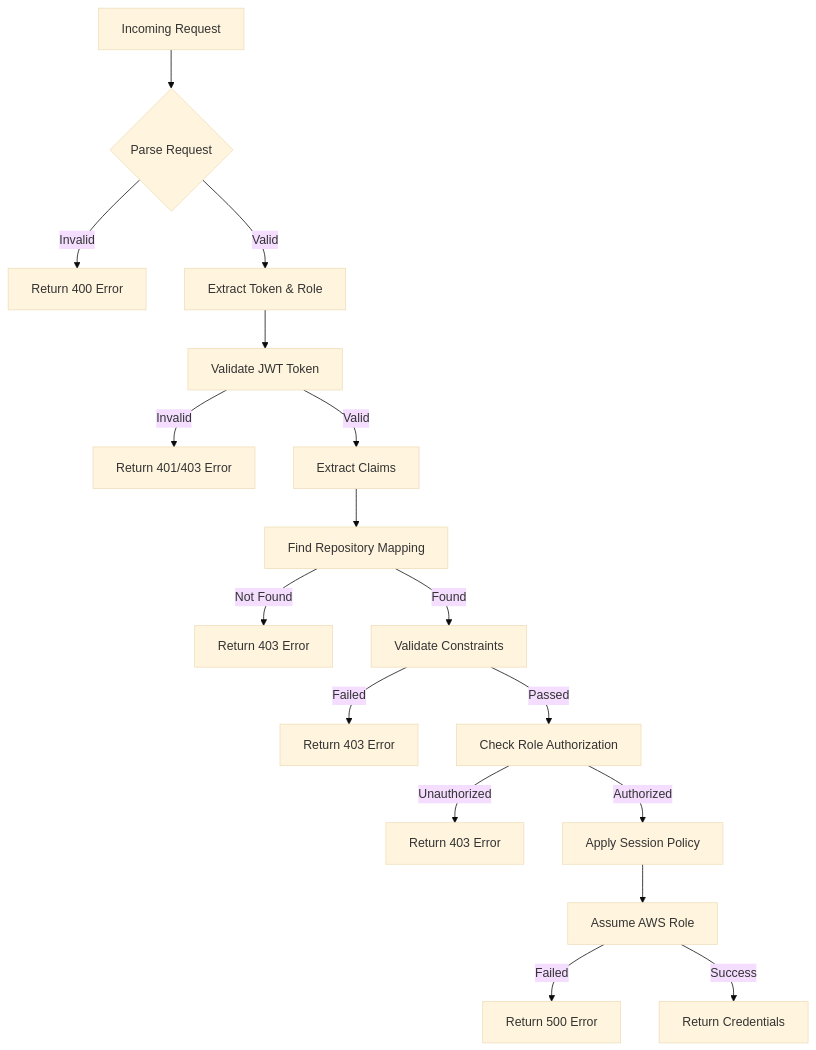
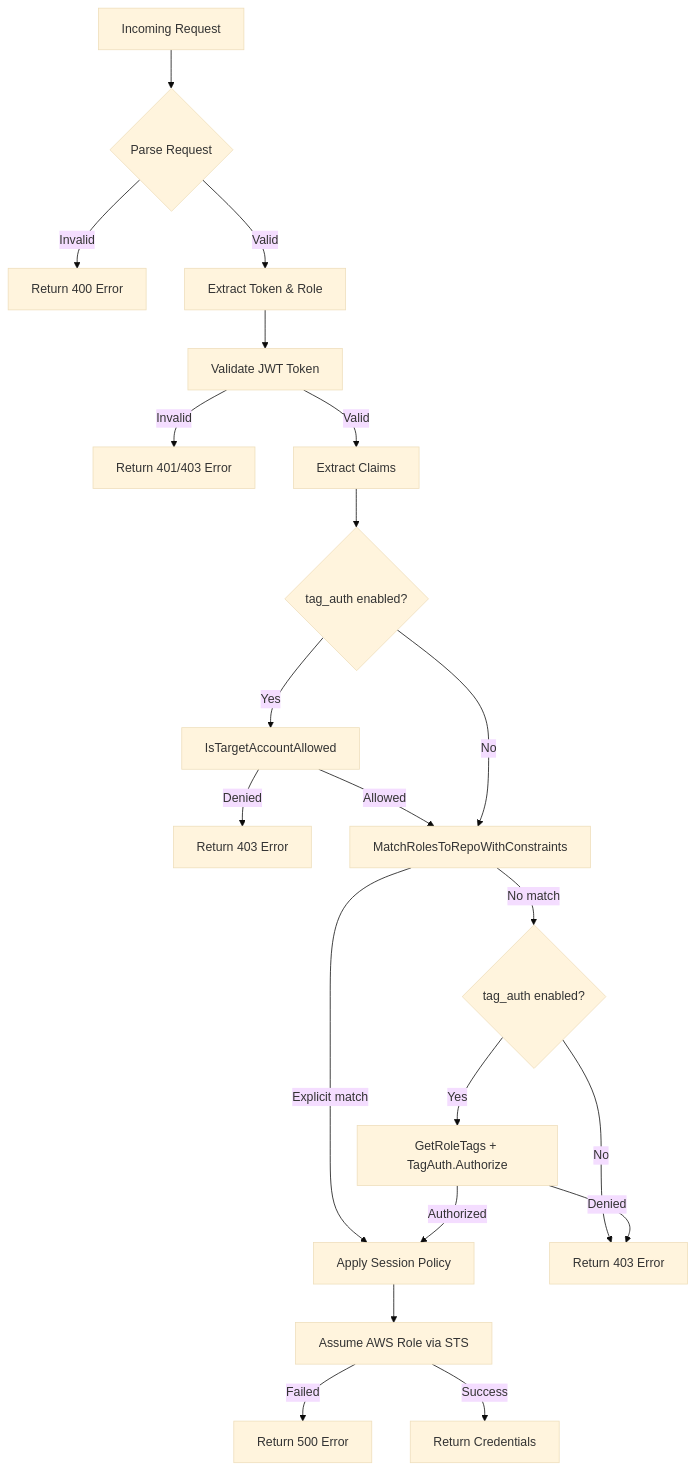
Before and after one commit to boogy/aws-oidc-warden: the third of 7 diagrams in docs/ARCHITECTURE.md, drawn with Mermaid (base theme). The commit also changed other lines of this file and 14 other files, not shown here.

First line of the commit message:
fix: harden tag-auth cross-account authorization (#237)

````diff
--- a/docs/ARCHITECTURE.md
+++ b/docs/ARCHITECTURE.md
@@ -302,24 +327,27 @@
 ```mermaid
 flowchart TD
     A[Incoming Request] --> B{Parse Request}
     B -->|Invalid| C[Return 400 Error]
     B -->|Valid| D[Extract Token & Role]
 
     D --> E[Validate JWT Token]
     E -->|Invalid| F[Return 401/403 Error]
     E -->|Valid| G[Extract Claims]
 
-    G --> H[Find Repository Mapping]
-    H -->|Not Found| I[Return 403 Error]
-    H -->|Found| J[Validate Constraints]
+    G --> GA{tag_auth enabled?}
+    GA -->|Yes| GB[IsTargetAccountAllowed]
+    GB -->|Denied| GC[Return 403 Error]
+    GB -->|Allowed| H[MatchRolesToRepoWithConstraints]
+    GA -->|No| H
 
-    J -->|Failed| K[Return 403 Error]
-    J -->|Passed| L[Check Role Authorization]
+    H -->|Explicit match| N[Apply Session Policy]
+    H -->|No match| HA{tag_auth enabled?}
+    HA -->|No| I[Return 403 Error]
+    HA -->|Yes| HB[GetRoleTags + TagAuth.Authorize]
+    HB -->|Denied| I[Return 403 Error]
+    HB -->|Authorized| N
 
-    L -->|Unauthorized| M[Return 403 Error]
-    L -->|Authorized| N[Apply Session Policy]
-
-    N --> O[Assume AWS Role]
+    N --> O[Assume AWS Role via STS]
     O -->|Failed| P[Return 500 Error]
     O -->|Success| Q[Return Credentials]
 ```
````
